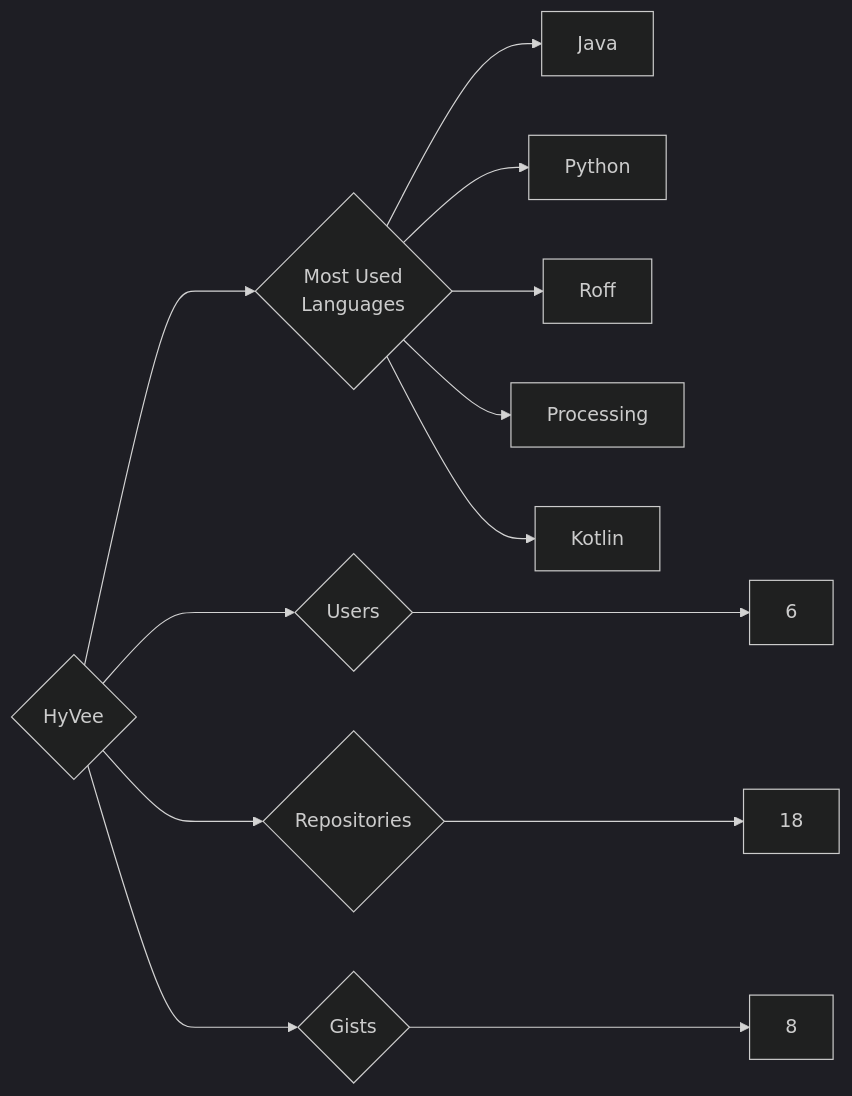
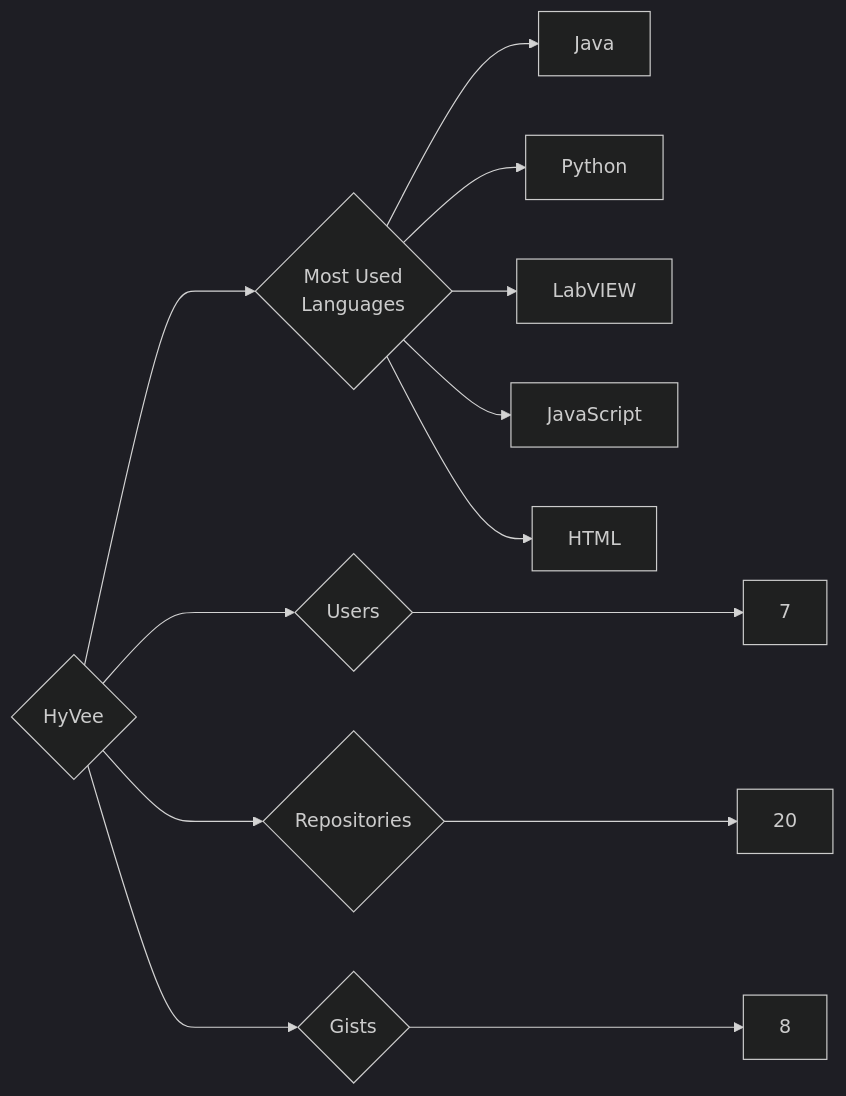
One commit to trickest/insiders changed the diagram in targets/HyVee/README.md. Above: the diagram before and after it, drawn with Mermaid (dark theme). The commit also changed 639 other files, not shown here.

````diff
--- a/targets/HyVee/README.md
+++ b/targets/HyVee/README.md
@@ -3,13 +3,13 @@
 ```mermaid
 graph LR
 COMPANY_NAME{HyVee}
-COMPANY_NAME ---> U{Users} ---> UN[6]
-COMPANY_NAME ---> R{Repositories} ---> RN[18]
+COMPANY_NAME ---> U{Users} ---> UN[7]
+COMPANY_NAME ---> R{Repositories} ---> RN[20]
 COMPANY_NAME ---> G{Gists} ---> GN[8]
 COMPANY_NAME ---> ML{Most Used<br>Languages}
 ML --> Java[Java]
 ML --> Python[Python]
-ML --> Roff[Roff]
-ML --> Processing[Processing]
-ML --> Kotlin[Kotlin]
+ML --> LabVIEW[LabVIEW]
+ML --> JavaScript[JavaScript]
+ML --> HTML[HTML]
 ```
````
